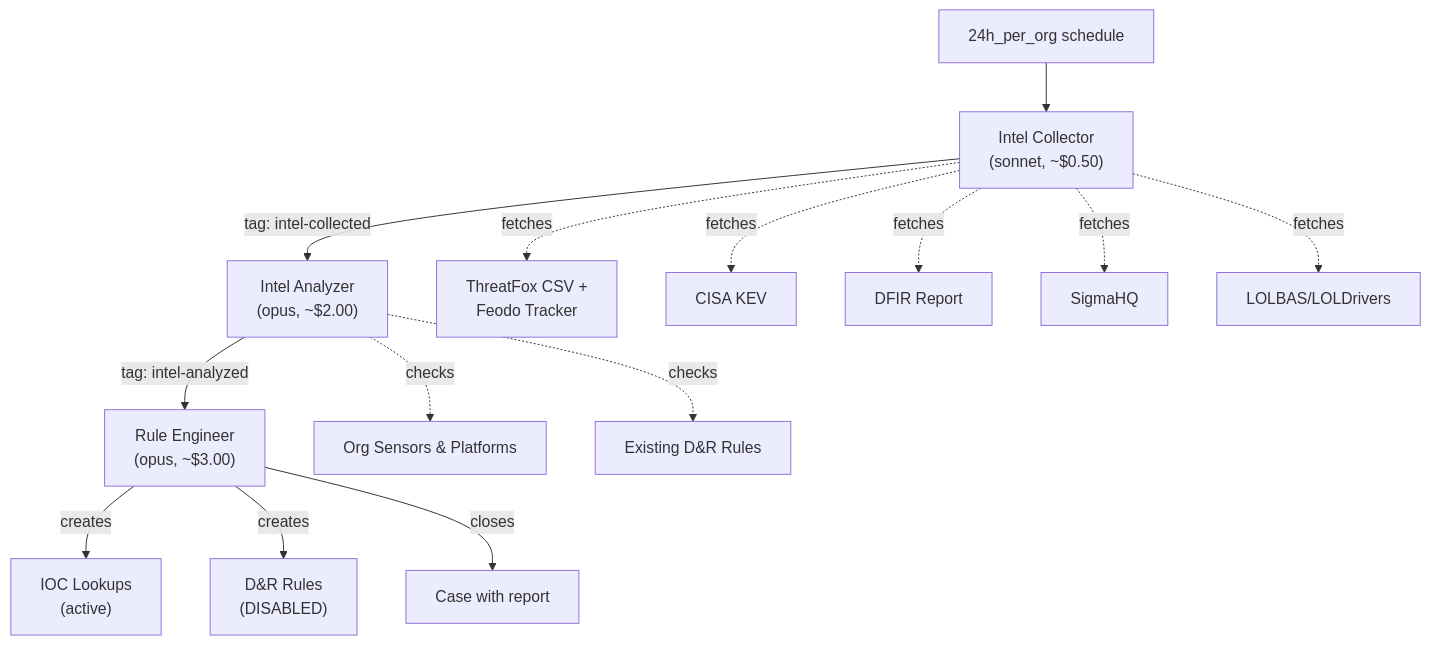
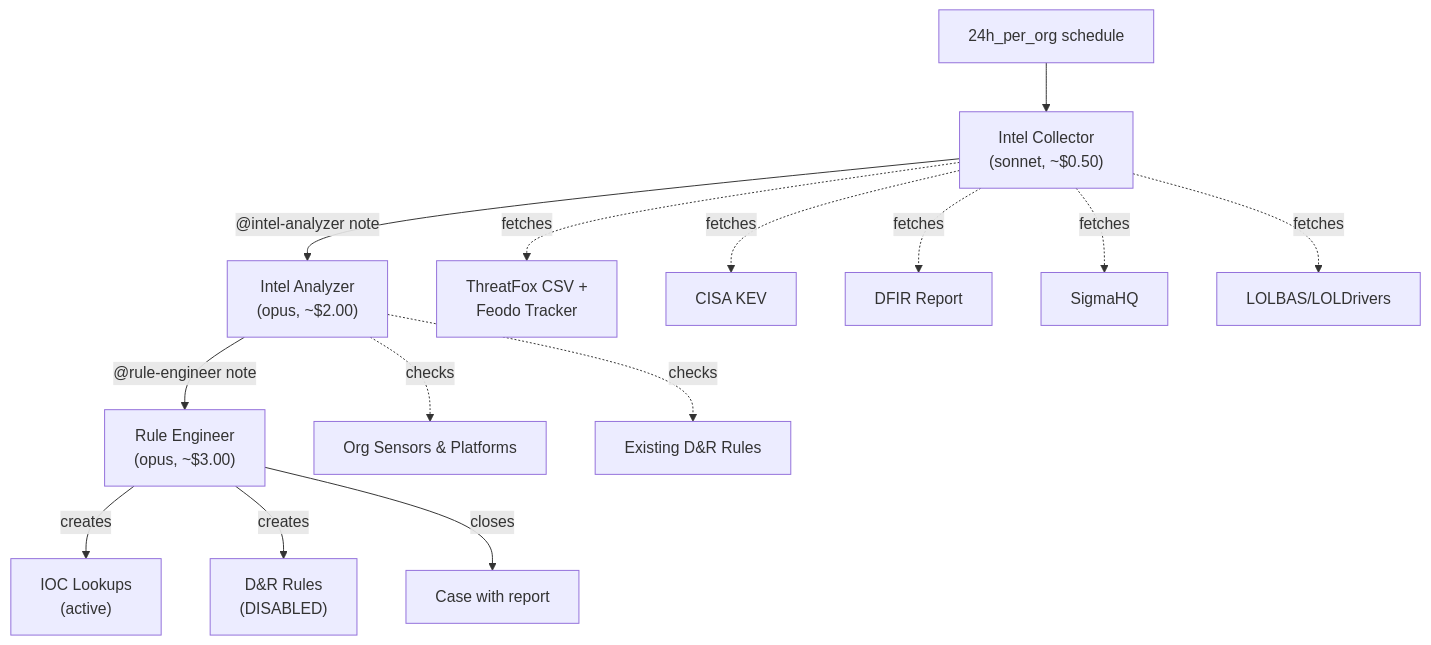
Before and after one commit to refractionPOINT/lc-ai: the diagram in lc-soc/intel-soc/README.md, drawn with Mermaid. The commit also changed other lines of this file and 4 other files, not shown here.

````diff
--- a/lc-soc/intel-soc/README.md
+++ b/lc-soc/intel-soc/README.md
@@ -7,19 +7,19 @@
 ```mermaid
 flowchart TD
     sched["24h_per_org schedule"] --> collector["Intel Collector<br/>(sonnet, ~$0.50)"]
-    collector -->|"tag: intel-collected"| analyzer["Intel Analyzer<br/>(opus, ~$2.00)"]
-    analyzer -->|"tag: intel-analyzed"| engineer["Rule Engineer<br/>(opus, ~$3.00)"]
+    collector -->|"@intel-analyzer note"| analyzer["Intel Analyzer<br/>(opus, ~$2.00)"]
+    analyzer -->|"@rule-engineer note"| engineer["Rule Engineer<br/>(opus, ~$3.00)"]
 
     collector -.->|fetches| tf["ThreatFox CSV +<br/>Feodo Tracker"]
     collector -.->|fetches| kev["CISA KEV"]
     collector -.->|fetches| dfir["DFIR Report"]
     collector -.->|fetches| sigma["SigmaHQ"]
     collector -.->|fetches| lol["LOLBAS/LOLDrivers"]
 
     analyzer -.->|checks| sensors["Org Sensors & Platforms"]
     analyzer -.->|checks| existing["Existing D&R Rules"]
 
     engineer -->|creates| lookups["IOC Lookups<br/>(active)"]
     engineer -->|creates| rules["D&R Rules<br/>(DISABLED)"]
     engineer -->|closes| case["Case with report"]
 ```
````
